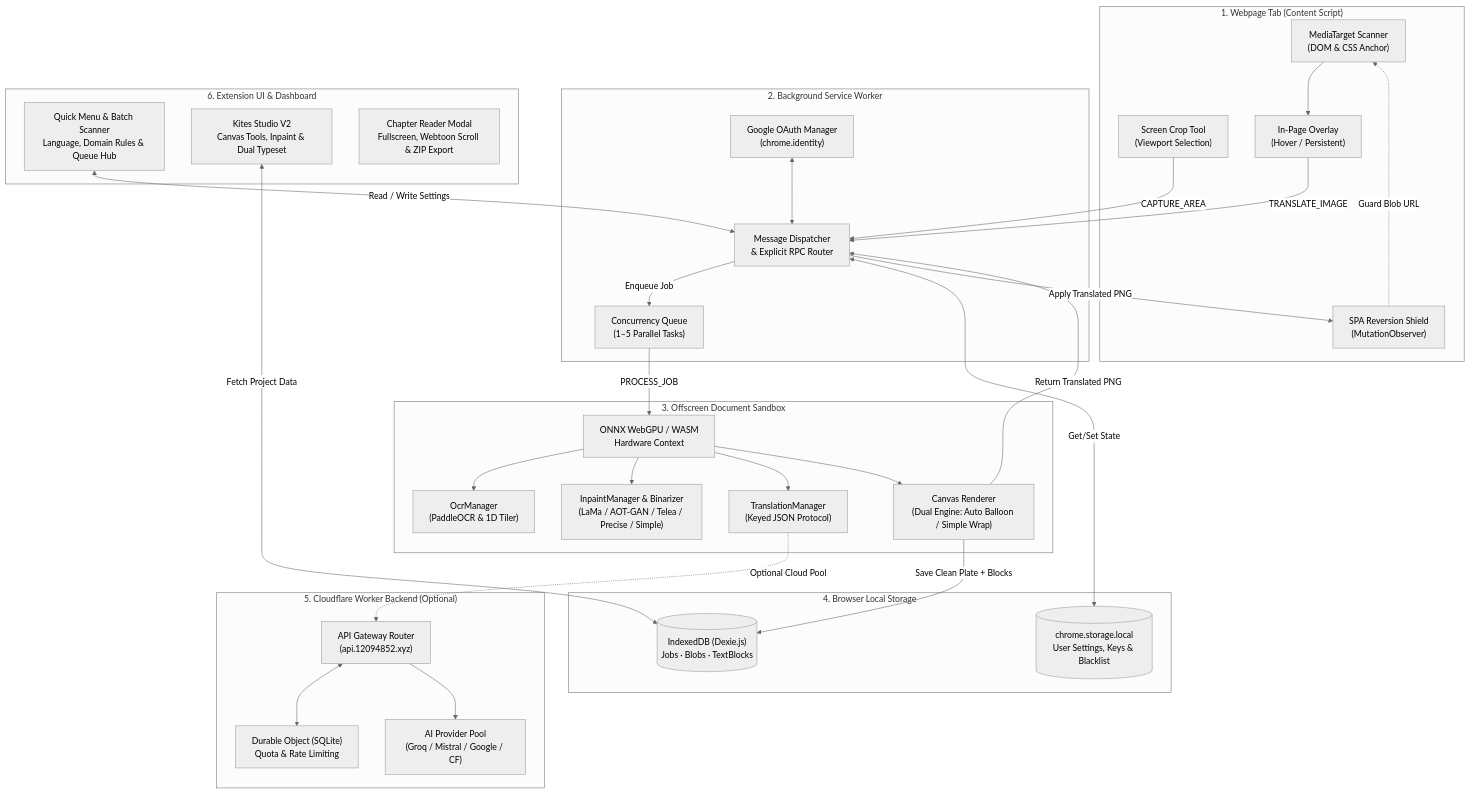
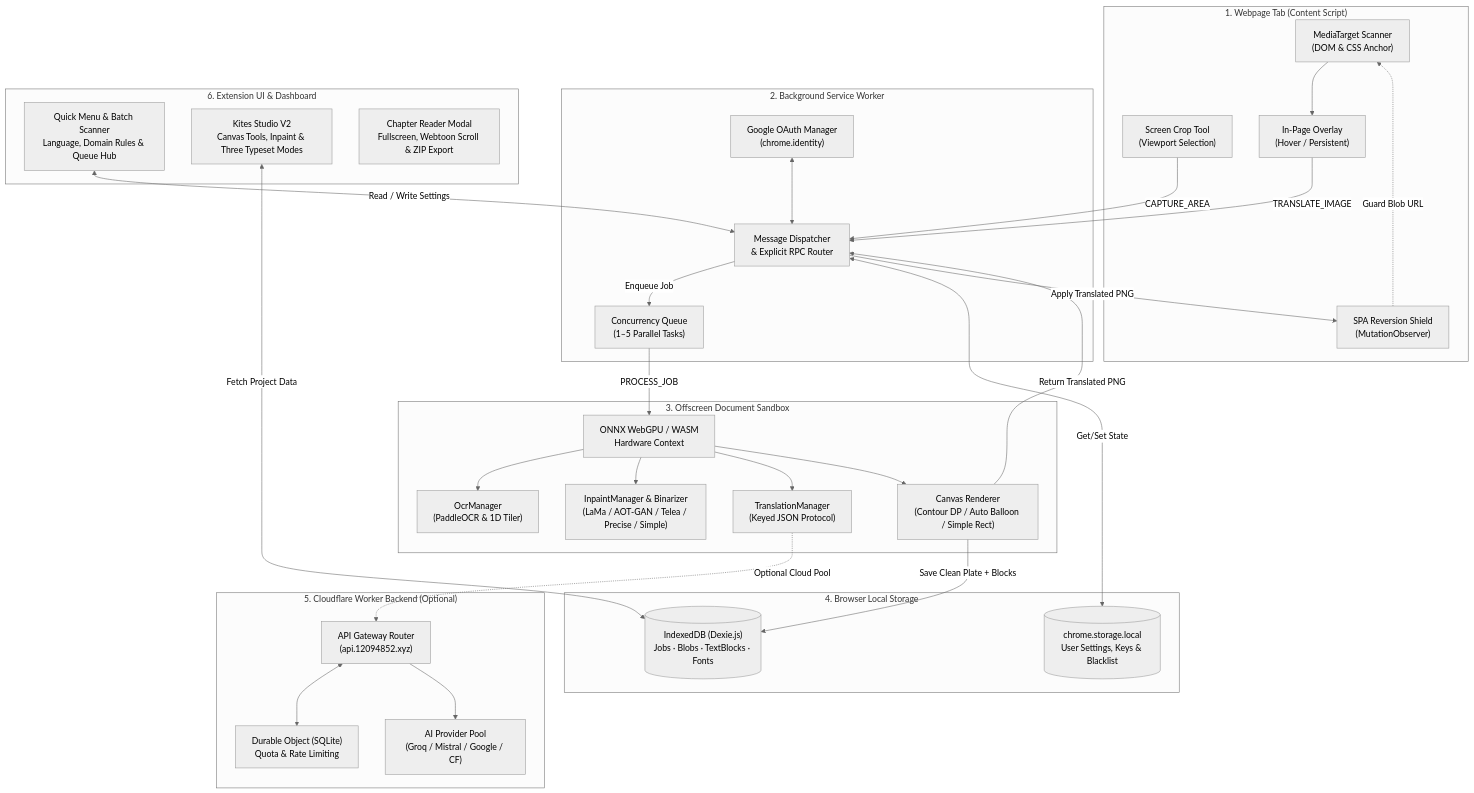
The diagram in docs/architecture/overview.md (Unheat/Kites), drawn with Mermaid (neutral theme) before and after one commit. The commit also changed other lines of this file and 28 other files, not shown here.

````diff
--- a/docs/architecture/overview.md
+++ b/docs/architecture/overview.md
@@ -15,66 +17,66 @@
 ```mermaid
 graph TB
     subgraph BrowserTab["1. Webpage Tab (Content Script)"]
         Scanner["MediaTarget Scanner<br/>(DOM & CSS Anchor)"]
         Shield["SPA Reversion Shield<br/>(MutationObserver)"]
         ScreenCrop["Screen Crop Tool<br/>(Viewport Selection)"]
         UIButtons["In-Page Overlay<br/>(Hover / Persistent)"]
     end
 
     subgraph ExtensionServiceWorker["2. Background Service Worker"]
         Hub["Message Dispatcher<br/>& Explicit RPC Router"]
         Queue["Concurrency Queue<br/>(1–5 Parallel Tasks)"]
         OAuth["Google OAuth Manager<br/>(chrome.identity)"]
     end
 
     subgraph OffscreenDoc["3. Offscreen Document Sandbox"]
         WebGPU["ONNX WebGPU / WASM<br/>Hardware Context"]
         OcrSvc["OcrManager<br/>(PaddleOCR & 1D Tiler)"]
         InpaintSvc["InpaintManager & Binarizer<br/>(LaMa / AOT-GAN / Telea / Precise / Simple)"]
         TransSvc["TranslationManager<br/>(Keyed JSON Protocol)"]
-        RenderSvc["Canvas Renderer<br/>(Dual Engine: Auto Balloon / Simple Wrap)"]
+        RenderSvc["Canvas Renderer<br/>(Contour DP / Auto Balloon / Simple Rect)"]
     end
 
     subgraph LocalStorage["4. Browser Local Storage"]
-        DexieDB[("IndexedDB (Dexie.js)<br/>Jobs · Blobs · TextBlocks")]
+        DexieDB[("IndexedDB (Dexie.js)<br/>Jobs · Blobs · TextBlocks · Fonts")]
         LocalStore[("chrome.storage.local<br/>User Settings, Keys & Blacklist")]
     end
 
     subgraph CloudflareBackend["5. Cloudflare Worker Backend (Optional)"]
         WorkerRouter["API Gateway Router<br/>(api.12094852.xyz)"]
         WorkerDO["Durable Object (SQLite)<br/>Quota & Rate Limiting"]
         ProviderPool["AI Provider Pool<br/>(Groq / Mistral / Google / CF)"]
     end
 
     subgraph DesktopUI["6. Extension UI & Dashboard"]
         PopupView["Quick Menu & Batch Scanner<br/>Language, Domain Rules & Queue Hub"]
-        StudioApp["Kites Studio V2<br/>Canvas Tools, Inpaint & Dual Typeset"]
+        StudioApp["Kites Studio V2<br/>Canvas Tools, Inpaint & Three Typeset Modes"]
         ReaderModal["Chapter Reader Modal<br/>Fullscreen, Webtoon Scroll & ZIP Export"]
     end
 
     UIButtons -->|TRANSLATE_IMAGE| Hub
     Scanner --> UIButtons
     Shield -.->|Guard Blob URL| Scanner
     ScreenCrop -->|CAPTURE_AREA| Hub
 
     Hub -->|Enqueue Job| Queue
     Queue -->|PROCESS_JOB| WebGPU
     Hub <-->|Get/Set State| LocalStore
     OAuth <--> Hub
 
     WebGPU --> OcrSvc
     WebGPU --> InpaintSvc
     WebGPU --> TransSvc
     WebGPU --> RenderSvc
 
     TransSvc -.->|Optional Cloud Pool| WorkerRouter
     WorkerRouter <--> WorkerDO
     WorkerRouter --> ProviderPool
 
     RenderSvc -->|Save Clean Plate + Blocks| DexieDB
     RenderSvc -->|Return Translated PNG| Hub
     Hub -->|Apply Translated PNG| Shield
 
     PopupView <-->|Read / Write Settings| Hub
     StudioApp <-->|Fetch Project Data| DexieDB
 ```
````
